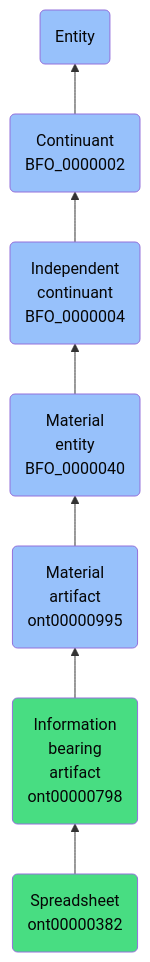
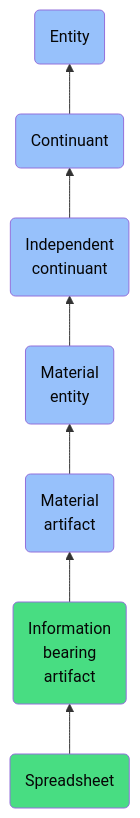
Before and after one commit to jupyter-naas/abi: the diagram in docs/ontology/reference/model/Entity/Continuant/Independent continuant/Material entity/Material artifact/Information bearing artifact/Spreadsheet/Spreadsheet.md, drawn with Mermaid. The commit also changed other lines of this file and 1430 other files, not shown here.

````diff
--- a/docs/ontology/reference/model/Entity/Continuant/Independent continuant/Material entity/Material artifact/Information bearing artifact/Spreadsheet/Spreadsheet.md
+++ b/docs/ontology/reference/model/Entity/Continuant/Independent continuant/Material entity/Material artifact/Information bearing artifact/Spreadsheet/Spreadsheet.md
@@ -24,14 +24,14 @@
 ```mermaid
 graph BT
-    ont00000382(Spreadsheet<br>ont00000382):::ABI-->ont00000798
-    ont00000798(Information<br>bearing<br>artifact<br>ont00000798):::ABI-->ont00000995
-    ont00000995(Material<br>artifact<br>ont00000995):::BFO-->BFO_0000040
-    BFO_0000040(Material<br>entity<br>BFO_0000040):::BFO-->BFO_0000004
-    BFO_0000004(Independent<br>continuant<br>BFO_0000004):::BFO-->BFO_0000002
-    BFO_0000002(Continuant<br>BFO_0000002):::BFO-->BFO_0000001
+    ont00000382(Spreadsheet):::ABI-->ont00000798
+    ont00000798(Information<br>bearing<br>artifact):::ABI-->ont00000995
+    ont00000995(Material<br>artifact):::BFO-->BFO_0000040
+    BFO_0000040(Material<br>entity):::BFO-->BFO_0000004
+    BFO_0000004(Independent<br>continuant):::BFO-->BFO_0000002
+    BFO_0000002(Continuant):::BFO-->BFO_0000001
     BFO_0000001(Entity):::BFO
     
     classDef BFO fill:#97c1fb,color:#060606
     classDef CCO fill:#e4c51e,color:#060606
     classDef ABI fill:#48DD82,color:#060606
 ```
````
